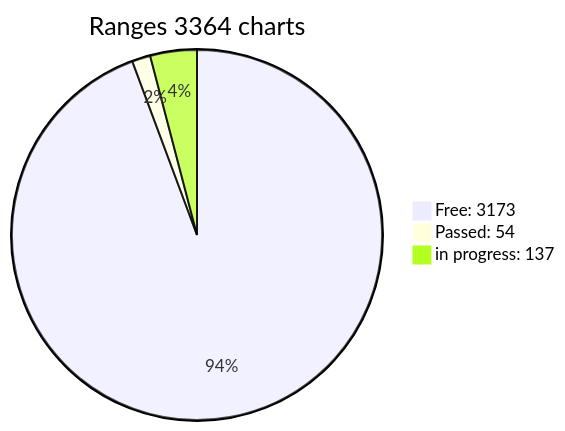
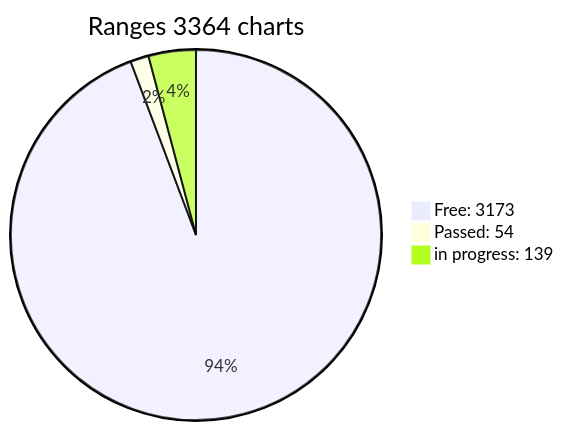
Before and after one commit to jonlloner/wif500: the diagram in x64/Release/table.md, drawn with Mermaid.

````diff
--- a/x64/Release/table.md
+++ b/x64/Release/table.md
@@ -40,6 +40,6 @@
 ```mermaid
 pie title Ranges 3364 charts
-"Free: 3173" : 3173
+"Free: 3173" : 3171
 "Passed: 54" : 54
-"in progress: 137" : 137
+"in progress: 139" : 139
 ```  
````
